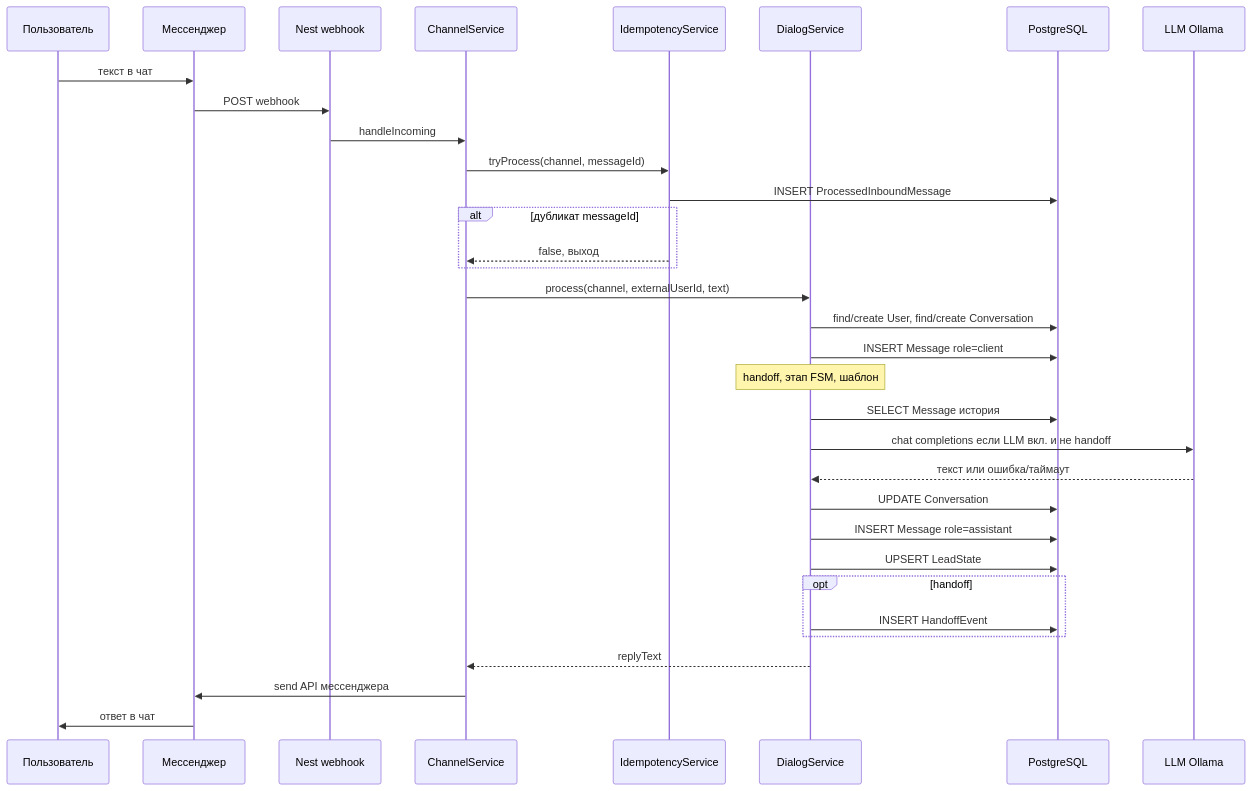
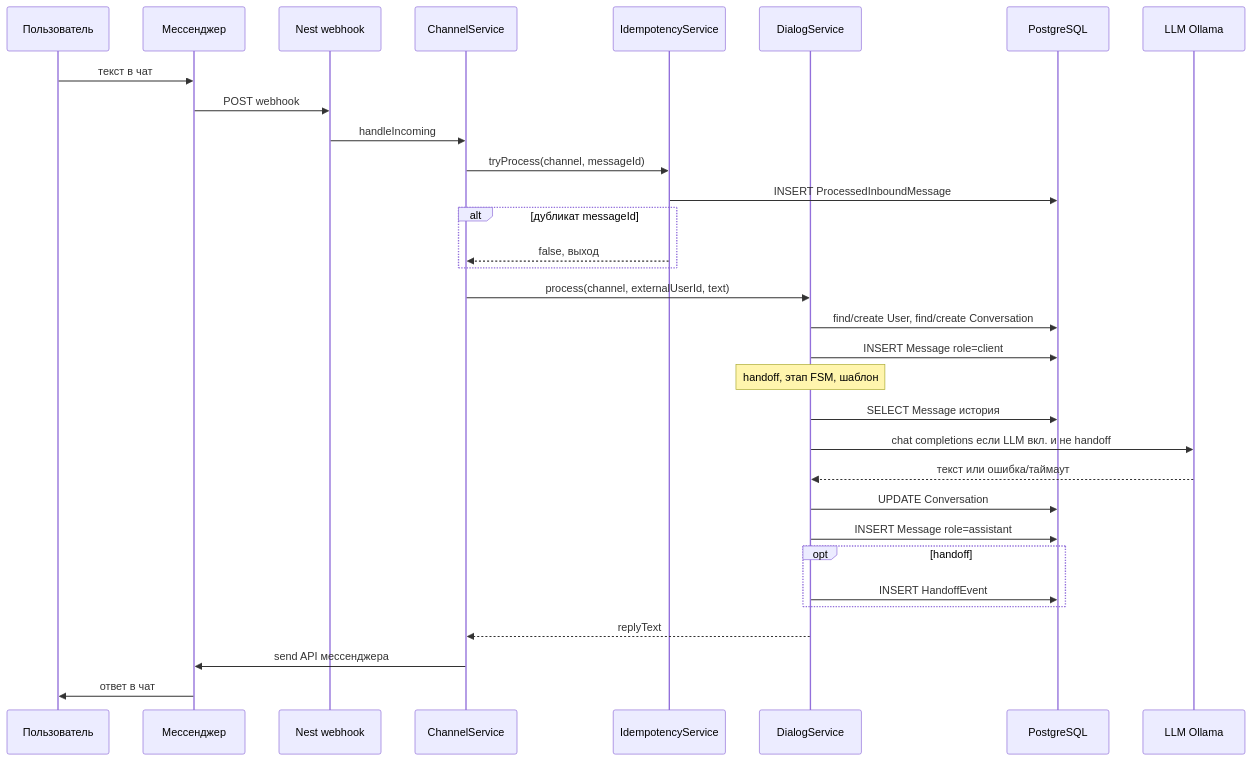
The diagram in docs/BOT_ALGORITHM.md (savisafe/ai-manager), drawn with Mermaid before and after one commit. The commit also changed other lines of this file and 4 other files, not shown here.

````diff
--- a/docs/BOT_ALGORITHM.md
+++ b/docs/BOT_ALGORITHM.md
@@ -9,36 +9,35 @@
 ```mermaid
 sequenceDiagram
   participant U as Пользователь
   participant MS as Мессенджер
   participant API as Nest webhook
   participant CH as ChannelService
   participant I as IdempotencyService
   participant D as DialogService
   participant DB as PostgreSQL
   participant L as LLM Ollama
 
   U->>MS: текст в чат
   MS->>API: POST webhook
   API->>CH: handleIncoming
   CH->>I: tryProcess(channel, messageId)
   I->>DB: INSERT ProcessedInboundMessage
   alt дубликат messageId
     I-->>CH: false, выход
   end
   CH->>D: process(channel, externalUserId, text)
   D->>DB: find/create User, find/create Conversation
   D->>DB: INSERT Message role=client
   Note over D: handoff, этап FSM, шаблон
   D->>DB: SELECT Message история
   D->>L: chat completions если LLM вкл. и не handoff
   L-->>D: текст или ошибка/таймаут
   D->>DB: UPDATE Conversation
   D->>DB: INSERT Message role=assistant
-  D->>DB: UPSERT LeadState
   opt handoff
     D->>DB: INSERT HandoffEvent
   end
   D-->>CH: replyText
   CH->>MS: send API мессенджера
   MS->>U: ответ в чат
 ```
````
